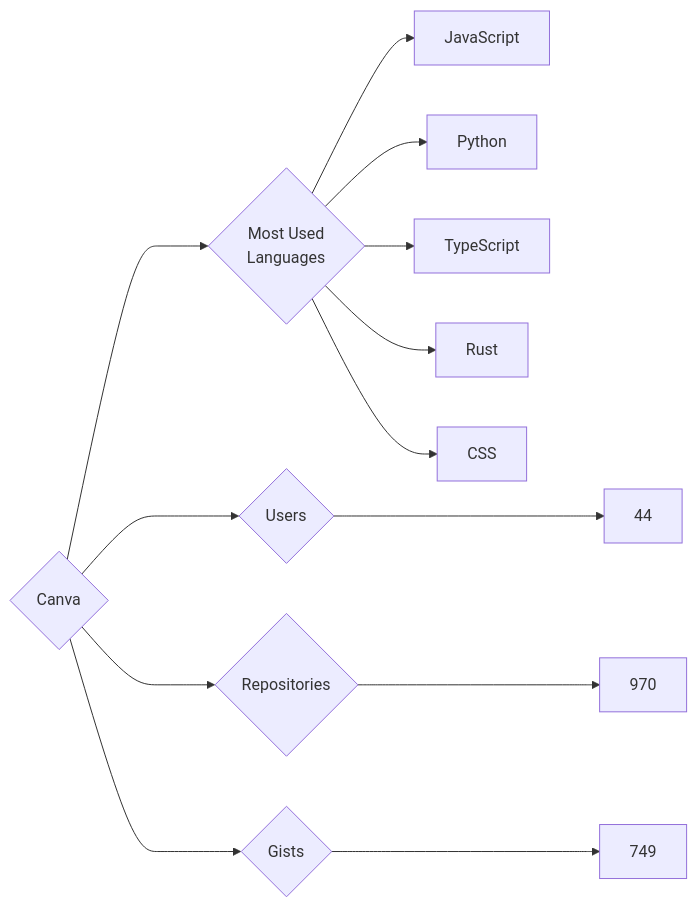
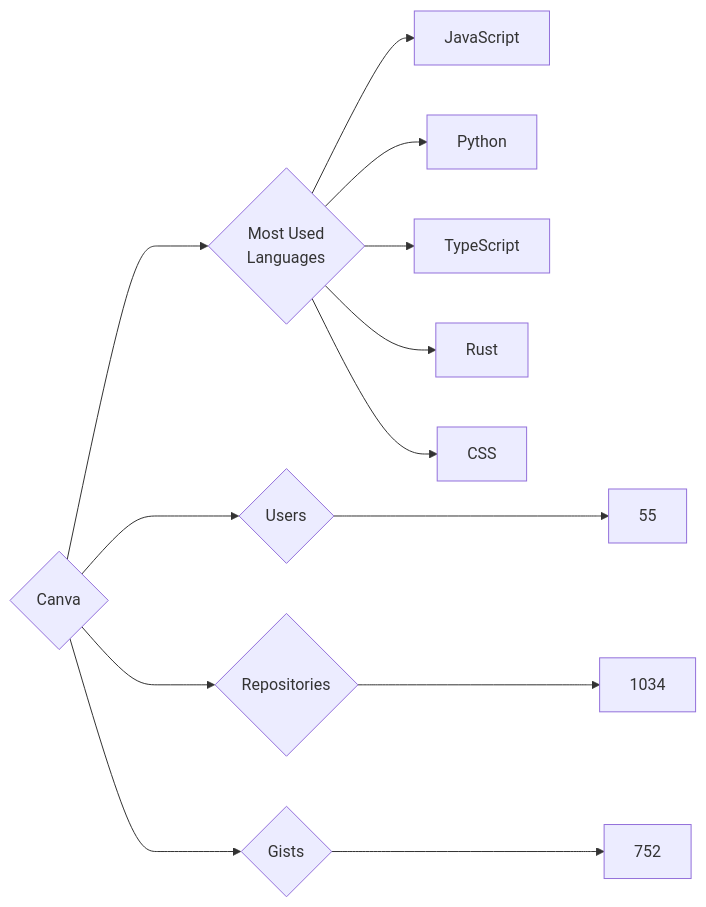
One commit to trickest/insiders changed the diagram in targets/Canva/README.md. Above: the diagram before and after it, drawn with Mermaid. The commit also changed 736 other files, not shown here.

````diff
--- a/targets/Canva/README.md
+++ b/targets/Canva/README.md
@@ -3,13 +3,13 @@
 ```mermaid
 graph LR
 COMPANY_NAME{Canva}
-COMPANY_NAME ---> U{Users} ---> UN[44]
-COMPANY_NAME ---> R{Repositories} ---> RN[970]
-COMPANY_NAME ---> G{Gists} ---> GN[749]
+COMPANY_NAME ---> U{Users} ---> UN[55]
+COMPANY_NAME ---> R{Repositories} ---> RN[1034]
+COMPANY_NAME ---> G{Gists} ---> GN[752]
 COMPANY_NAME ---> ML{Most Used<br>Languages}
 ML --> JavaScript[JavaScript]
 ML --> Python[Python]
 ML --> TypeScript[TypeScript]
 ML --> Rust[Rust]
 ML --> CSS[CSS]
 ```
````
